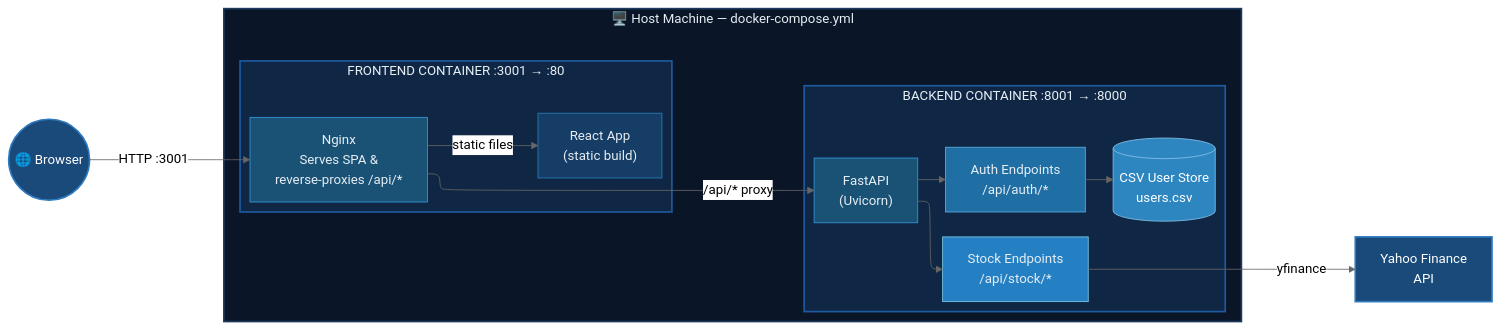
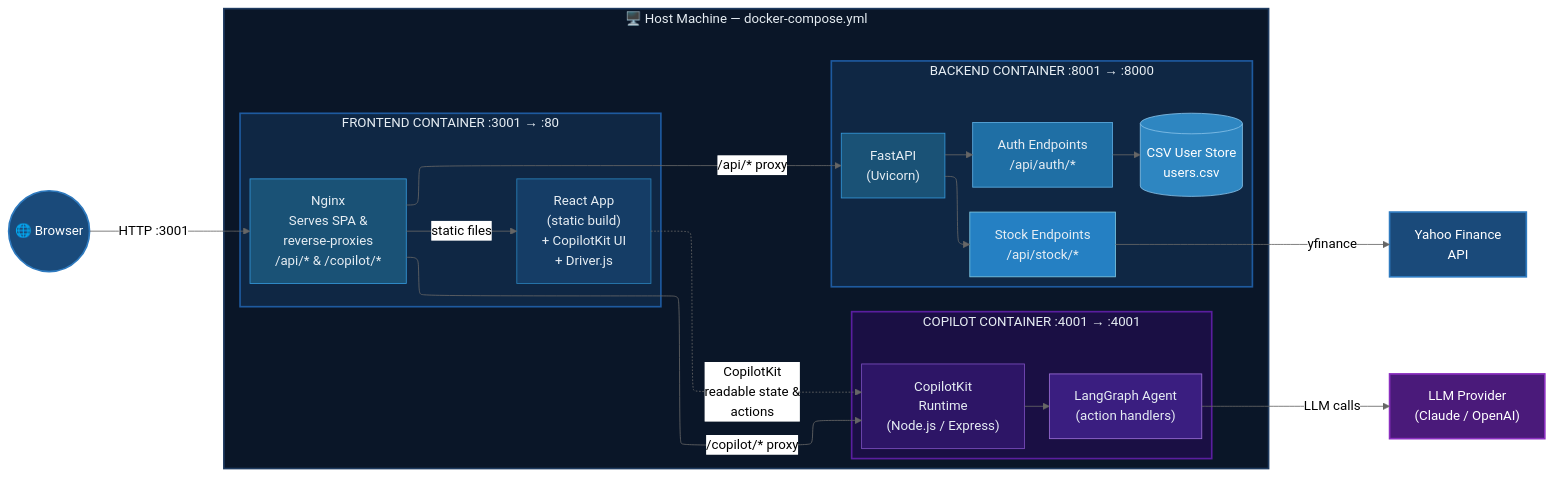
Before and after one commit to yiqiao-yin/full-stack-app-local-cookiecutter: the diagram in docs/CREATE/SYSTEM.md, drawn with Mermaid (neutral theme). The commit also changed other lines of this file and 13 other files, not shown here.

First line of the commit message:
Add CopilotKit sidebar with Driver.js visual automation

````diff
--- a/docs/CREATE/SYSTEM.md
+++ b/docs/CREATE/SYSTEM.md
@@ -15,46 +15,61 @@
 ```mermaid
 %%{init: {"flowchart": {"defaultRenderer": "elk"}} }%%
 
 flowchart LR
     subgraph HOST["🖥️ Host Machine — docker-compose.yml"]
         direction LR
 
         subgraph FE["FRONTEND CONTAINER  :3001 → :80"]
             direction TB
-            FE_REACT["React App\n(static build)"]
-            FE_NGINX["Nginx\nServes SPA &\nreverse-proxies /api/*"]
+            FE_REACT["React App\n(static build)\n+ CopilotKit UI\n+ Driver.js"]
+            FE_NGINX["Nginx\nServes SPA &\nreverse-proxies\n/api/* & /copilot/*"]
         end
 
         subgraph BE["BACKEND CONTAINER  :8001 → :8000"]
             direction TB
             BE_API["FastAPI\n(Uvicorn)"]
             BE_AUTH["Auth Endpoints\n/api/auth/*"]
             BE_STOCK["Stock Endpoints\n/api/stock/*"]
             BE_CSV[("CSV User Store\nusers.csv")]
         end
+
+        subgraph CP["COPILOT CONTAINER  :4001 → :4001"]
+            direction TB
+            CP_RUNTIME["CopilotKit\nRuntime\n(Node.js / Express)"]
+            CP_AGENT["LangGraph Agent\n(action handlers)"]
+        end
     end
 
     BROWSER(("🌐 Browser"))
     YAHOO["Yahoo Finance\nAPI"]
+    LLM["LLM Provider\n(Claude / OpenAI)"]
 
     BROWSER -- "HTTP :3001" --> FE_NGINX
     FE_NGINX -- "static files" --> FE_REACT
     FE_NGINX -- "/api/* proxy" --> BE_API
+    FE_NGINX -- "/copilot/* proxy" --> CP_RUNTIME
     BE_API --> BE_AUTH
     BE_API --> BE_STOCK
     BE_AUTH --> BE_CSV
     BE_STOCK -- "yfinance" --> YAHOO
+    CP_RUNTIME --> CP_AGENT
+    CP_AGENT -- "LLM calls" --> LLM
+    FE_REACT -. "CopilotKit\nreadable state &\nactions" .-> CP_RUNTIME
 
     %% Blue gradient styles
     style HOST fill:#0a1628,stroke:#1e3a5f,stroke-width:2px,color:#e6edf3
     style FE fill:#0f2744,stroke:#1e5a9f,stroke-width:2px,color:#e6edf3
     style BE fill:#0f2744,stroke:#1e5a9f,stroke-width:2px,color:#e6edf3
+    style CP fill:#1a0f44,stroke:#5a1e9f,stroke-width:2px,color:#e6edf3
     style BROWSER fill:#1a4a7a,stroke:#2e7abf,stroke-width:2px,color:#ffffff
     style YAHOO fill:#1a4a7a,stroke:#2e7abf,stroke-width:2px,color:#ffffff
+    style LLM fill:#4a1a7a,stroke:#8a2ebf,stroke-width:2px,color:#ffffff
     style FE_REACT fill:#153d66,stroke:#2980b9,stroke-width:1px,color:#e6edf3
     style FE_NGINX fill:#1a5276,stroke:#3498db,stroke-width:1px,color:#e6edf3
     style BE_API fill:#1a5276,stroke:#3498db,stroke-width:1px,color:#e6edf3
     style BE_AUTH fill:#1f6fa5,stroke:#5dade2,stroke-width:1px,color:#e6edf3
     style BE_STOCK fill:#2580c3,stroke:#7ec8e3,stroke-width:1px,color:#e6edf3
     style BE_CSV fill:#2e86c1,stroke:#85c1e9,stroke-width:1px,color:#ffffff
+    style CP_RUNTIME fill:#2d1566,stroke:#7b4fbf,stroke-width:1px,color:#e6edf3
+    style CP_AGENT fill:#3a1e80,stroke:#9b6ed6,stroke-width:1px,color:#e6edf3
 ```
````
